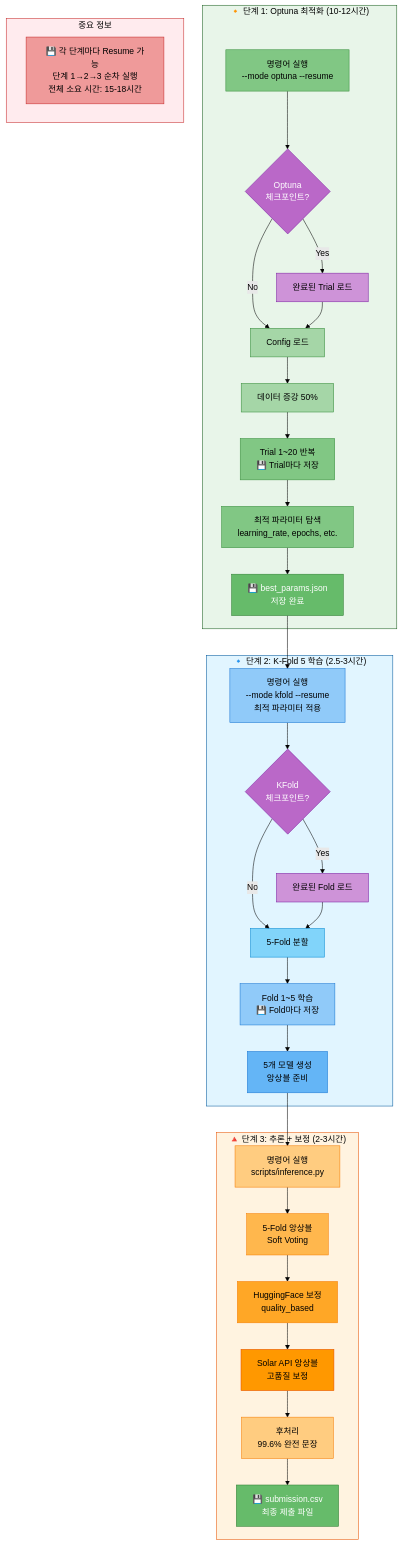
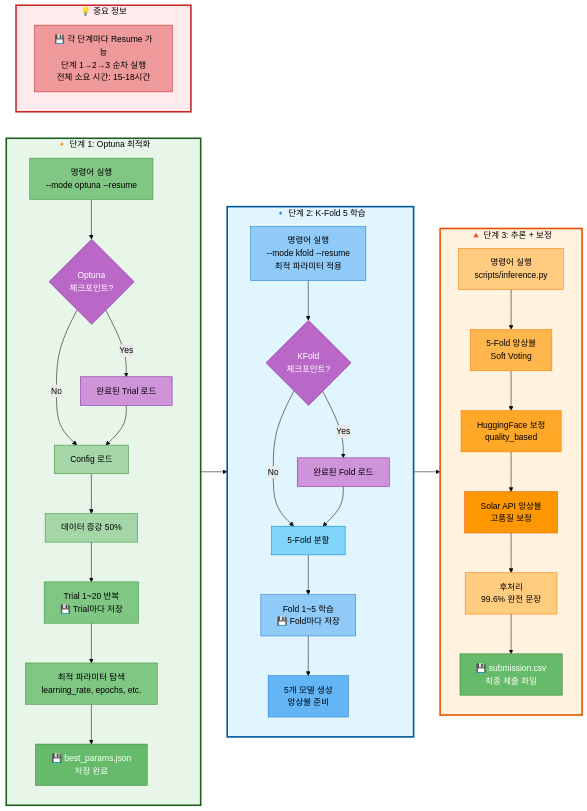
The second of 6 diagrams in docs/모듈화/04_02_KoBART_단일모델_최강_성능_전략.md (AIBootcamp14/naturallanguageprocessingcompetition-nlp-1), drawn with Mermaid (forest theme) before and after one commit. The commit also changed other lines of this file, not shown here.

````diff
--- a/docs/모듈화/04_02_KoBART_단일모델_최강_성능_전략.md
+++ b/docs/모듈화/04_02_KoBART_단일모델_최강_성능_전략.md
@@ -100,63 +100,72 @@
 ```mermaid
-graph TB
-    subgraph Step1["🔸 단계 1: Optuna 최적화 (10-12시간)"]
+graph LR
+    subgraph Step1["🔸 단계 1: Optuna 최적화"]
+        direction TB
         A[명령어 실행<br/>--mode optuna --resume] --> CP1{Optuna<br/>체크포인트?}
         CP1 -->|Yes| CP2[완료된 Trial 로드]
         CP1 -->|No| B[Config 로드]
         CP2 --> B
         B --> C[데이터 증강 50%]
         C --> D[Trial 1~20 반복<br/>💾 Trial마다 저장]
         D --> E[최적 파라미터 탐색<br/>learning_rate, epochs, etc.]
         E --> F[💾 best_params.json<br/>저장 완료]
     end
-
-    subgraph Step2["🔹 단계 2: K-Fold 5 학습 (2.5-3시간)"]
-        F --> G[명령어 실행<br/>--mode kfold --resume<br/>최적 파라미터 적용]
+    
+    subgraph Step2["🔹 단계 2: K-Fold 5 학습"]
+        direction TB
+        G[명령어 실행<br/>--mode kfold --resume<br/>최적 파라미터 적용]
         G --> CP3{KFold<br/>체크포인트?}
         CP3 -->|Yes| CP4[완료된 Fold 로드]
         CP3 -->|No| H[5-Fold 분할]
         CP4 --> H
         H --> I[Fold 1~5 학습<br/>💾 Fold마다 저장]
         I --> J[5개 모델 생성<br/>앙상블 준비]
     end
-
-    subgraph Step3["🔺 단계 3: 추론 + 보정 (2-3시간)"]
-        J --> K[명령어 실행<br/>scripts/inference.py]
+    
+    subgraph Step3["🔺 단계 3: 추론 + 보정"]
+        direction TB
+        K[명령어 실행<br/>scripts/inference.py]
         K --> L[5-Fold 앙상블<br/>Soft Voting]
         L --> M[HuggingFace 보정<br/>quality_based]
         M --> N[Solar API 앙상블<br/>고품질 보정]
         N --> O[후처리<br/>99.6% 완전 문장]
         O --> P[💾 submission.csv<br/>최종 제출 파일]
     end
-
-    subgraph Info["중요 정보"]
+    
+    subgraph Info["💡 중요 정보"]
+        direction TB
         Q[💾 각 단계마다 Resume 가능<br/>단계 1→2→3 순차 실행<br/>전체 소요 시간: 15-18시간]
     end
-
-    style Step1 fill:#e8f5e9,stroke:#1b5e20,color:#000
-    style Step2 fill:#e1f5ff,stroke:#01579b,color:#000
-    style Step3 fill:#fff3e0,stroke:#e65100,color:#000
-    style Info fill:#ffebee,stroke:#c62828,color:#000
-
+    
+    %% 단계 간 연결
+    Step1 --> Step2
+    Step2 --> Step3
+    
+    %% 스타일 적용
+    style Step1 fill:#e8f5e9,stroke:#1b5e20,stroke-width:3px,color:#000
+    style Step2 fill:#e1f5ff,stroke:#01579b,stroke-width:3px,color:#000
+    style Step3 fill:#fff3e0,stroke:#e65100,stroke-width:3px,color:#000
+    style Info fill:#ffebee,stroke:#c62828,stroke-width:3px,color:#000
+    
     style A fill:#81c784,stroke:#388e3c,color:#000
     style CP1 fill:#ba68c8,stroke:#7b1fa2,color:#fff
     style CP2 fill:#ce93d8,stroke:#7b1fa2,color:#000
     style B fill:#a5d6a7,stroke:#388e3c,color:#000
     style C fill:#a5d6a7,stroke:#388e3c,color:#000
     style D fill:#81c784,stroke:#388e3c,color:#000
     style E fill:#81c784,stroke:#388e3c,color:#000
     style F fill:#66bb6a,stroke:#2e7d32,color:#fff
     style G fill:#90caf9,stroke:#1976d2,color:#000
     style CP3 fill:#ba68c8,stroke:#7b1fa2,color:#fff
     style CP4 fill:#ce93d8,stroke:#7b1fa2,color:#000
     style H fill:#81d4fa,stroke:#0288d1,color:#000
     style I fill:#90caf9,stroke:#1976d2,color:#000
     style J fill:#64b5f6,stroke:#1976d2,color:#000
     style K fill:#ffcc80,stroke:#f57c00,color:#000
     style L fill:#ffb74d,stroke:#f57c00,color:#000
     style M fill:#ffa726,stroke:#f57c00,color:#000
     style N fill:#ff9800,stroke:#e65100,color:#000
     style O fill:#ffcc80,stroke:#f57c00,color:#000
     style P fill:#66bb6a,stroke:#2e7d32,color:#fff
     style Q fill:#ef9a9a,stroke:#c62828,color:#000
 ```
````
